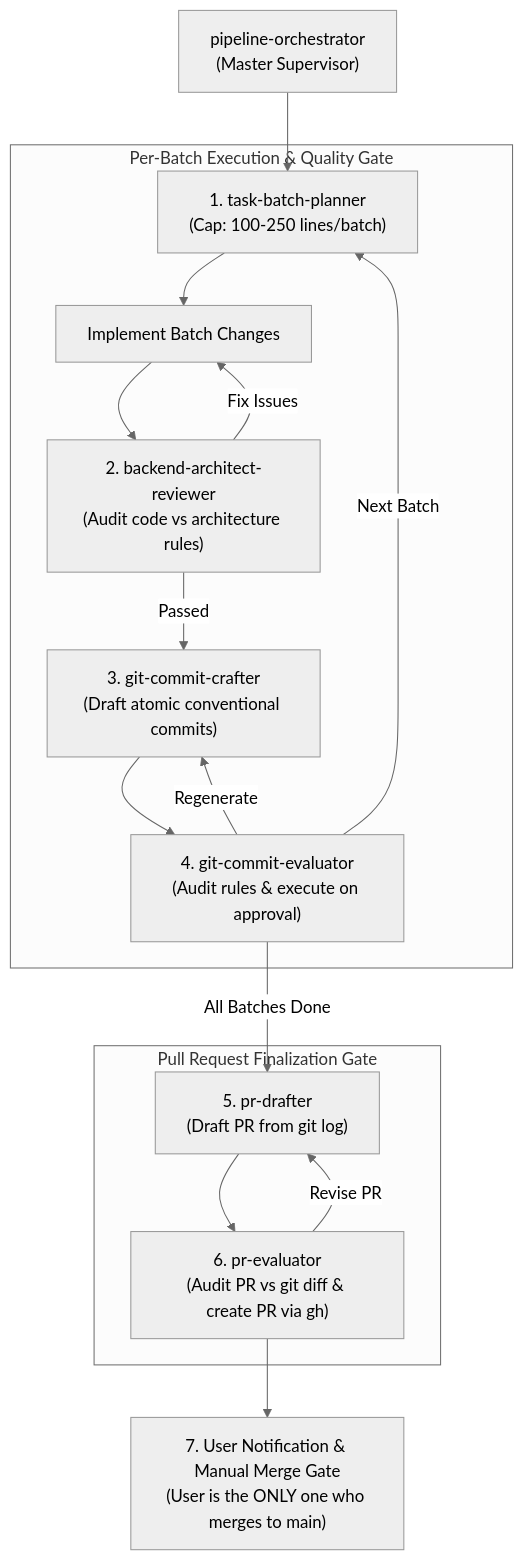
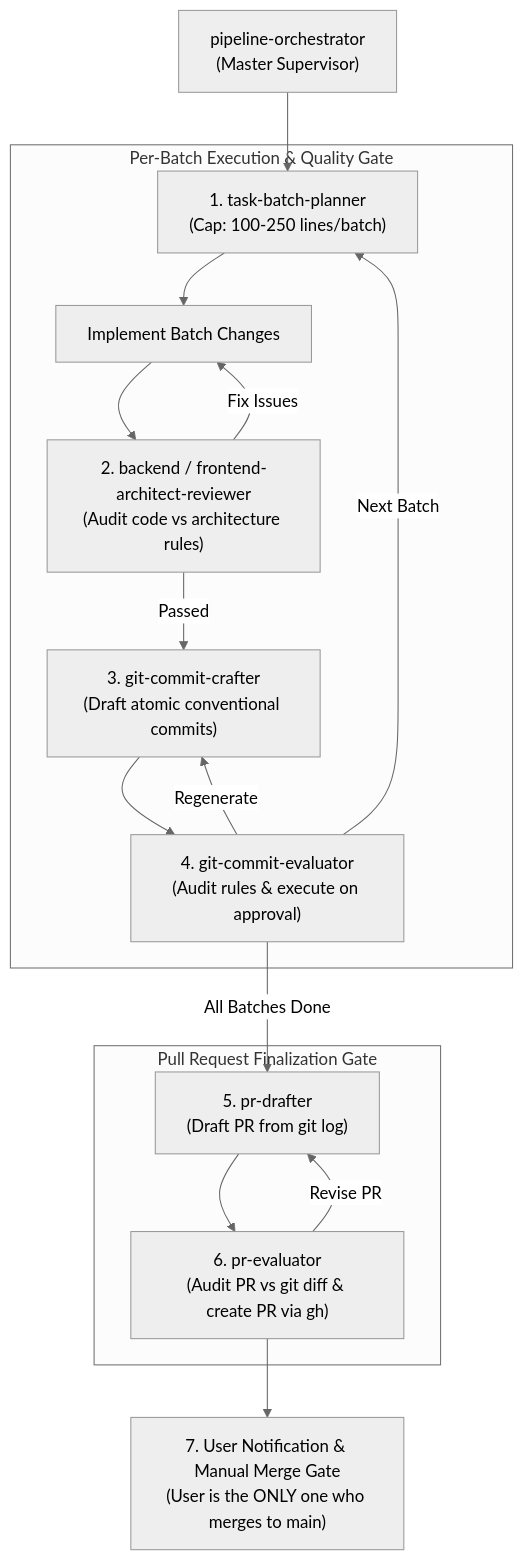
The diagram in .agents/README.md (Althaf-vt/MentorQ), drawn with Mermaid (neutral theme) before and after one commit. The commit also changed other lines of this file, not shown here.

Commit message:
docs(tooling): add frontend-architect-reviewer to agents readme

````diff
--- a/.agents/README.md
+++ b/.agents/README.md
@@ -32,23 +33,23 @@
 ```mermaid
 flowchart TD
     Orchestrator["pipeline-orchestrator\n(Master Supervisor)"] --> Planner["1. task-batch-planner\n(Cap: 100-250 lines/batch)"]
 
     subgraph BatchLoop ["Per-Batch Execution & Quality Gate"]
         Planner --> Implement["Implement Batch Changes"]
-        Implement --> ArchReview["2. backend-architect-reviewer\n(Audit code vs architecture rules)"]
+        Implement --> ArchReview["2. backend / frontend-architect-reviewer\n(Audit code vs architecture rules)"]
         ArchReview -->|Fix Issues| Implement
         ArchReview -->|Passed| CommitCraft["3. git-commit-crafter\n(Draft atomic conventional commits)"]
         CommitCraft --> CommitEval["4. git-commit-evaluator\n(Audit rules & execute on approval)"]
         CommitEval -->|Regenerate| CommitCraft
     end
 
     CommitEval -->|Next Batch| Planner
     CommitEval -->|All Batches Done| PRDraft["5. pr-drafter\n(Draft PR from git log)"]
 
     subgraph PRLoop ["Pull Request Finalization Gate"]
         PRDraft --> PREval["6. pr-evaluator\n(Audit PR vs git diff & create PR via gh)"]
         PREval -->|Revise PR| PRDraft
     end
 
     PREval --> UserHandOff["7. User Notification & Manual Merge Gate\n(User is the ONLY one who merges to main)"]
 ```
````
